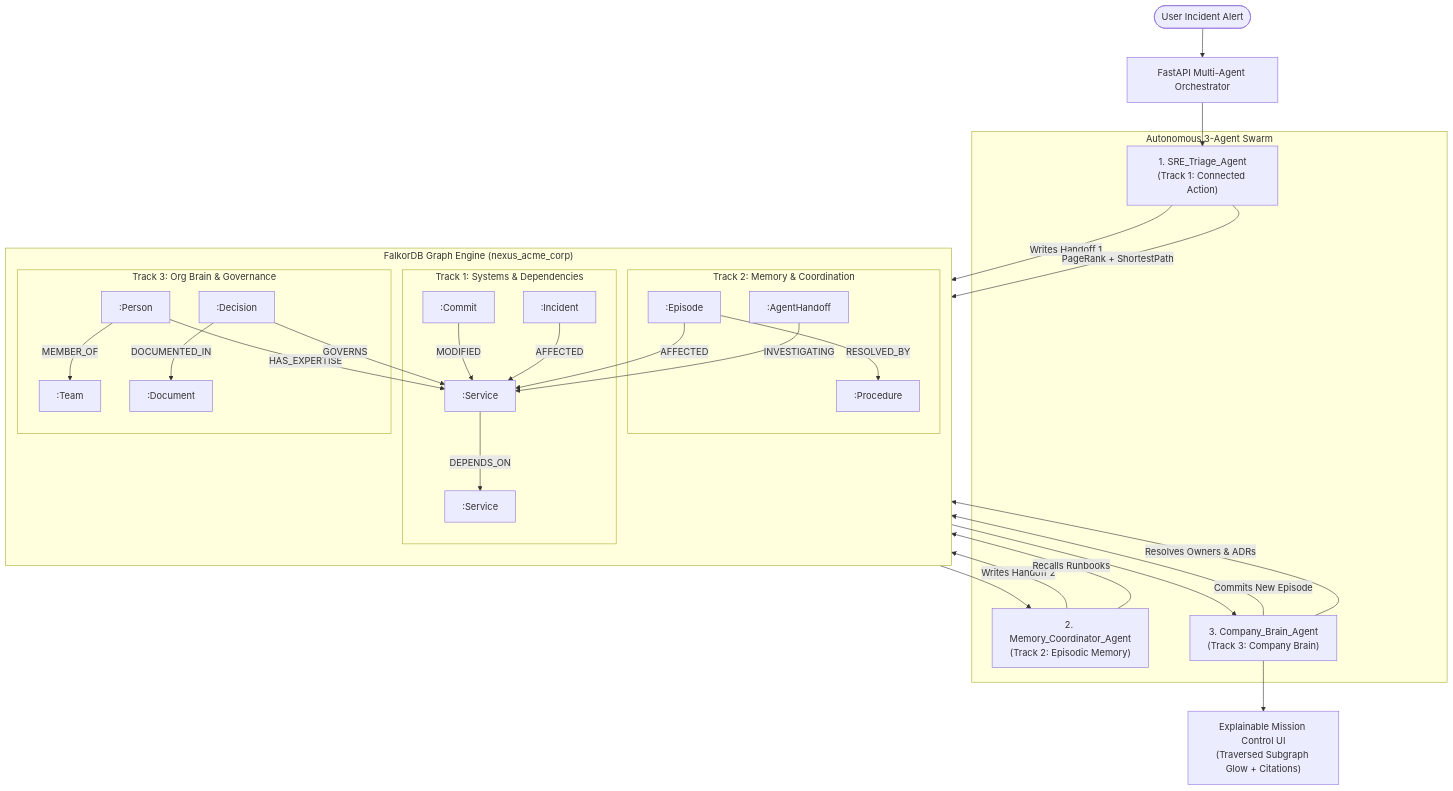
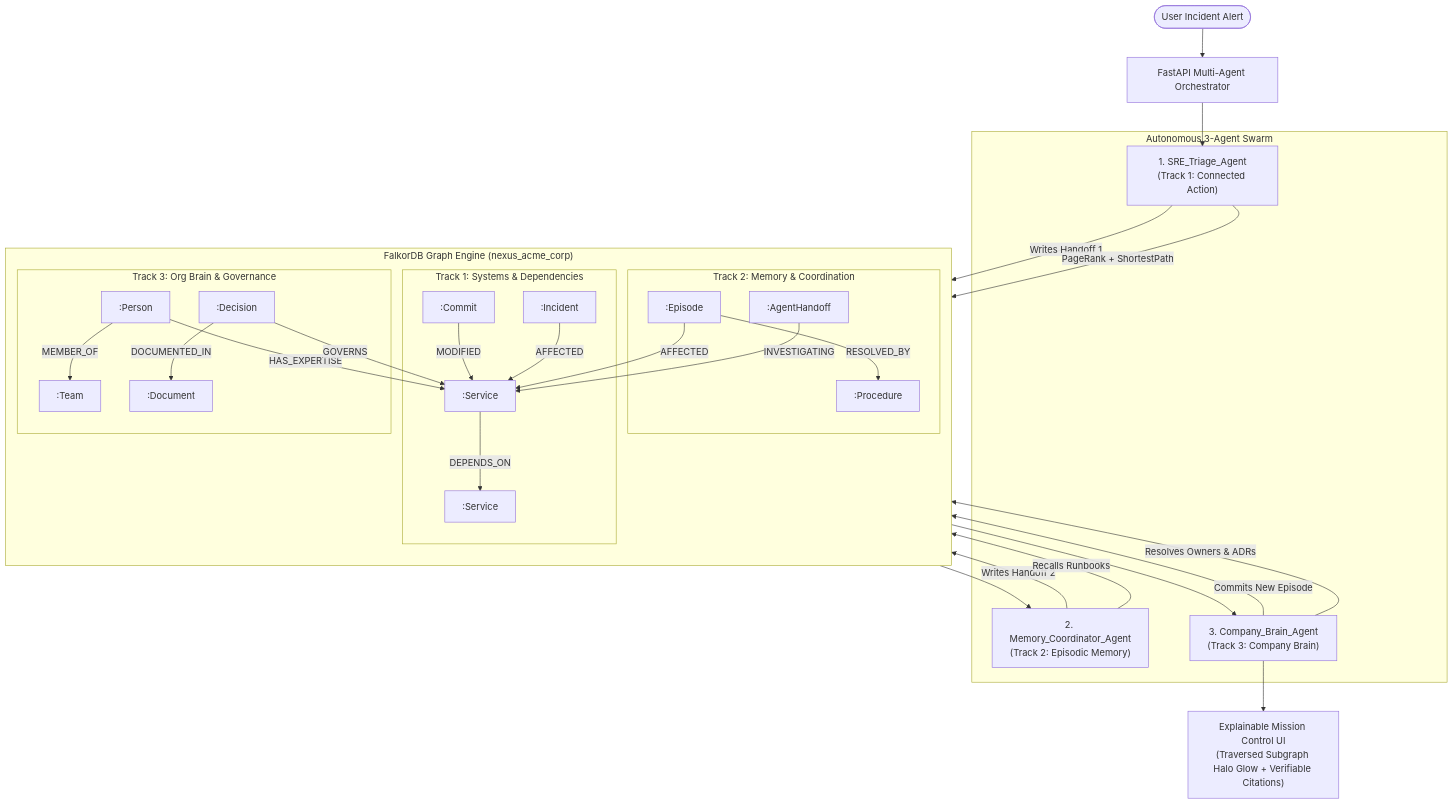
Before and after one commit to Sandeep-Hipparagi/NexusGraph: the diagram in README.md, drawn with Mermaid. The commit also changed other lines of this file and 2 other files, not shown here.

Commit message:
docs: enhance README with architecture diagram, UI gallery, and add MIT license

````diff
--- a/README.md
+++ b/README.md
@@ -47,44 +70,44 @@
 ```mermaid
 flowchart TD
     UserQuery(["User Incident Alert"]) --> Orchestrator["FastAPI Multi-Agent Orchestrator"]
     
     subgraph Swarm["Autonomous 3-Agent Swarm"]
         A1["1. SRE_Triage_Agent<br/>(Track 1: Connected Action)"]
         A2["2. Memory_Coordinator_Agent<br/>(Track 2: Episodic Memory)"]
         A3["3. Company_Brain_Agent<br/>(Track 3: Company Brain)"]
     end
 
     subgraph FalkorDB["FalkorDB Graph Engine (nexus_acme_corp)"]
         direction TB
         subgraph T1["Track 1: Systems & Dependencies"]
             Svc[":Service"] -->|DEPENDS_ON| Svc2[":Service"]
             Commit[":Commit"] -->|MODIFIED| Svc
             Inc[":Incident"] -->|AFFECTED| Svc
         end
 
         subgraph T2["Track 2: Memory & Coordination"]
             Ep[":Episode"] -->|RESOLVED_BY| Proc[":Procedure"]
             Ep -->|AFFECTED| Svc
             Handoff[":AgentHandoff"] -->|INVESTIGATING| Svc
         end
 
         subgraph T3["Track 3: Org Brain & Governance"]
             Person[":Person"] -->|HAS_EXPERTISE| Svc
             Person -->|MEMBER_OF| Team[":Team"]
             Decision[":Decision"] -->|GOVERNS| Svc
             Decision -->|DOCUMENTED_IN| Doc[":Document"]
         end
     end
 
     Orchestrator --> A1
     A1 -->|PageRank + ShortestPath| T1
     A1 -->|Writes Handoff 1| Handoff
     Handoff --> A2
     A2 -->|Recalls Runbooks| T2
     A2 -->|Writes Handoff 2| Handoff
     Handoff --> A3
     A3 -->|Resolves Owners & ADRs| T3
     A3 -->|Commits New Episode| Ep
 
-    A3 --> UI["Explainable Mission Control UI<br/>(Traversed Subgraph Glow + Citations)"]
+    A3 --> UI["Explainable Mission Control UI<br/>(Traversed Subgraph Halo Glow + Verifiable Citations)"]
 ```
````
